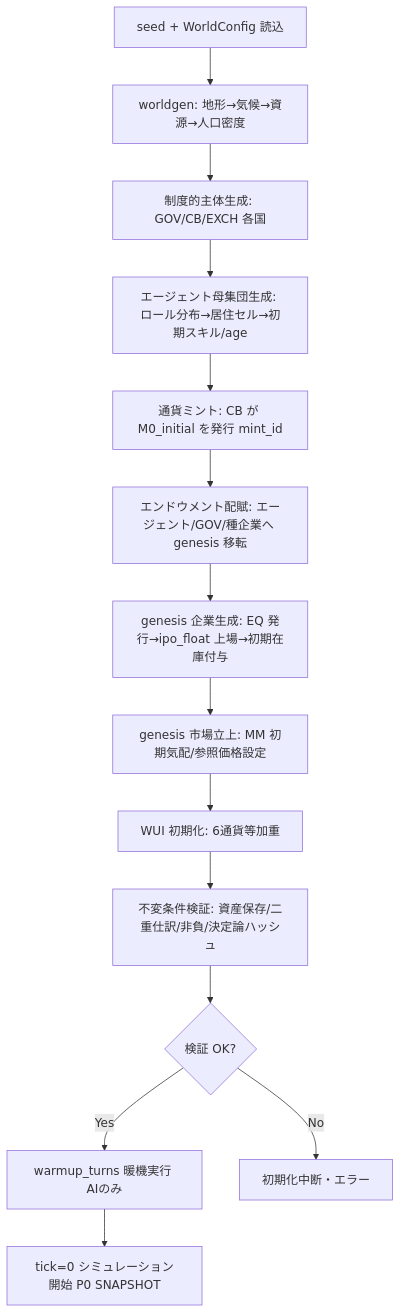
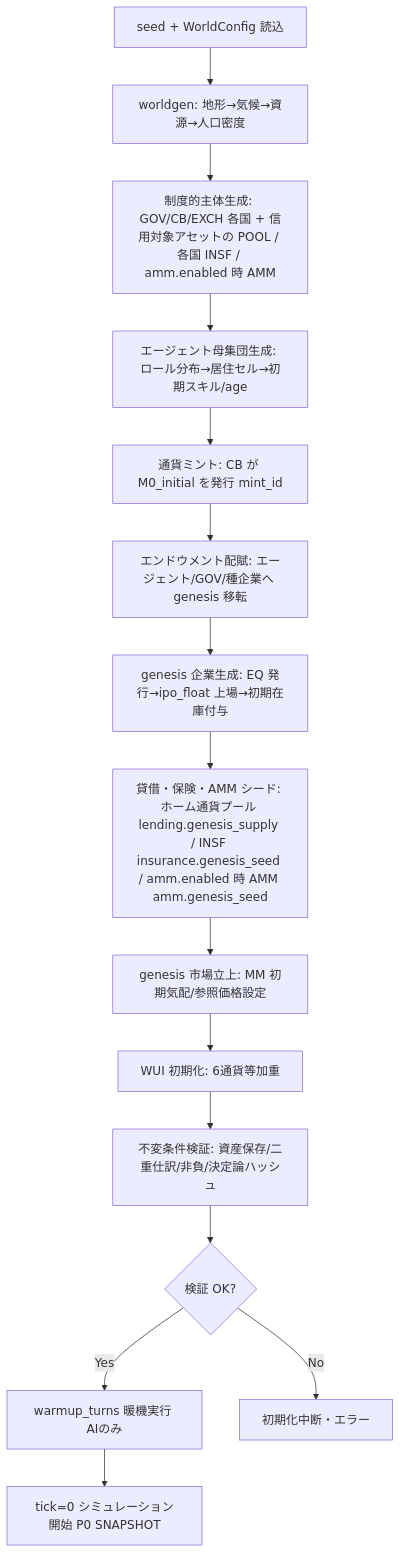
Before and after one commit to h4ribote/FinBox: the third of 3 diagrams in doc/16-configuration-and-initialization.md, drawn with Mermaid. The commit also changed other lines of this file and 28 other files, not shown here.

````diff
--- a/doc/16-configuration-and-initialization.md
+++ b/doc/16-configuration-and-initialization.md
@@ -346,16 +351,17 @@
 ```mermaid
 flowchart TD
   A[seed + WorldConfig 読込] --> B[worldgen: 地形→気候→資源→人口密度]
-  B --> C[制度的主体生成: GOV/CB/EXCH 各国]
+  B --> C[制度的主体生成: GOV/CB/EXCH 各国 + 信用対象アセットの POOL / 各国 INSF / amm.enabled 時 AMM]
   C --> D[エージェント母集団生成: ロール分布→居住セル→初期スキル/age]
   D --> E[通貨ミント: CB が M0_initial を発行 mint_id]
   E --> F[エンドウメント配賦: エージェント/GOV/種企業へ genesis 移転]
   F --> G[genesis 企業生成: EQ 発行→ipo_float 上場→初期在庫付与]
-  G --> H[genesis 市場立上: MM 初期気配/参照価格設定]
+  G --> S[貸借・保険・AMM シード: ホーム通貨プール lending.genesis_supply / INSF insurance.genesis_seed / amm.enabled 時 AMM amm.genesis_seed]
+  S --> H[genesis 市場立上: MM 初期気配/参照価格設定]
   H --> I[WUI 初期化: 6通貨等加重]
   I --> J[不変条件検証: 資産保存/二重仕訳/非負/決定論ハッシュ]
   J --> K{検証 OK?}
   K -->|Yes| L[warmup_turns 暖機実行 AIのみ]
   K -->|No| X[初期化中断・エラー]
   L --> M[tick=0 シミュレーション開始 P0 SNAPSHOT]
 ```
````
